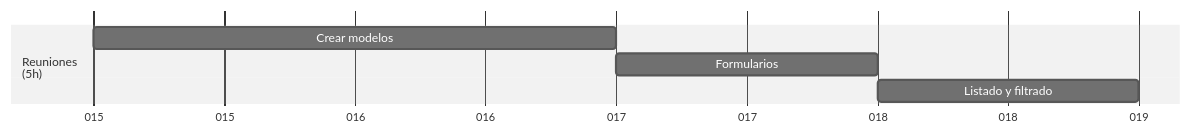
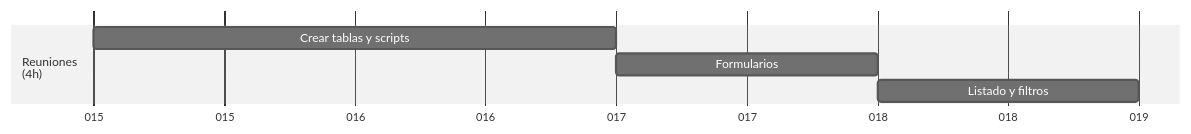
One commit to Covija97/badentracker changed the fourth of 9 diagrams in .md/roadmap.md. Above: the diagram before and after it, drawn with Mermaid (neutral theme). The commit also changed other lines of this file, not shown here.

Commit message:
Refactor roadmap.md to update project planning, database design, and CRUD sections

````diff
--- a/.md/roadmap.md
+++ b/.md/roadmap.md
@@ -60,10 +61,10 @@
 ```mermaid
 gantt
     dateFormat  DDD
     axisFormat %j
    
-    section Reuniones<br>(5h)
-    Crear modelos               : 01-15, 2d
+    section Reuniones<br>(4h)
+    Crear tablas y scripts      : 01-15, 2d
     Formularios                 : 01-17, 1d
-    Listado y filtrado          : 01-18, 1d
+    Listado y filtros           : 01-18, 1d
 ```
````
